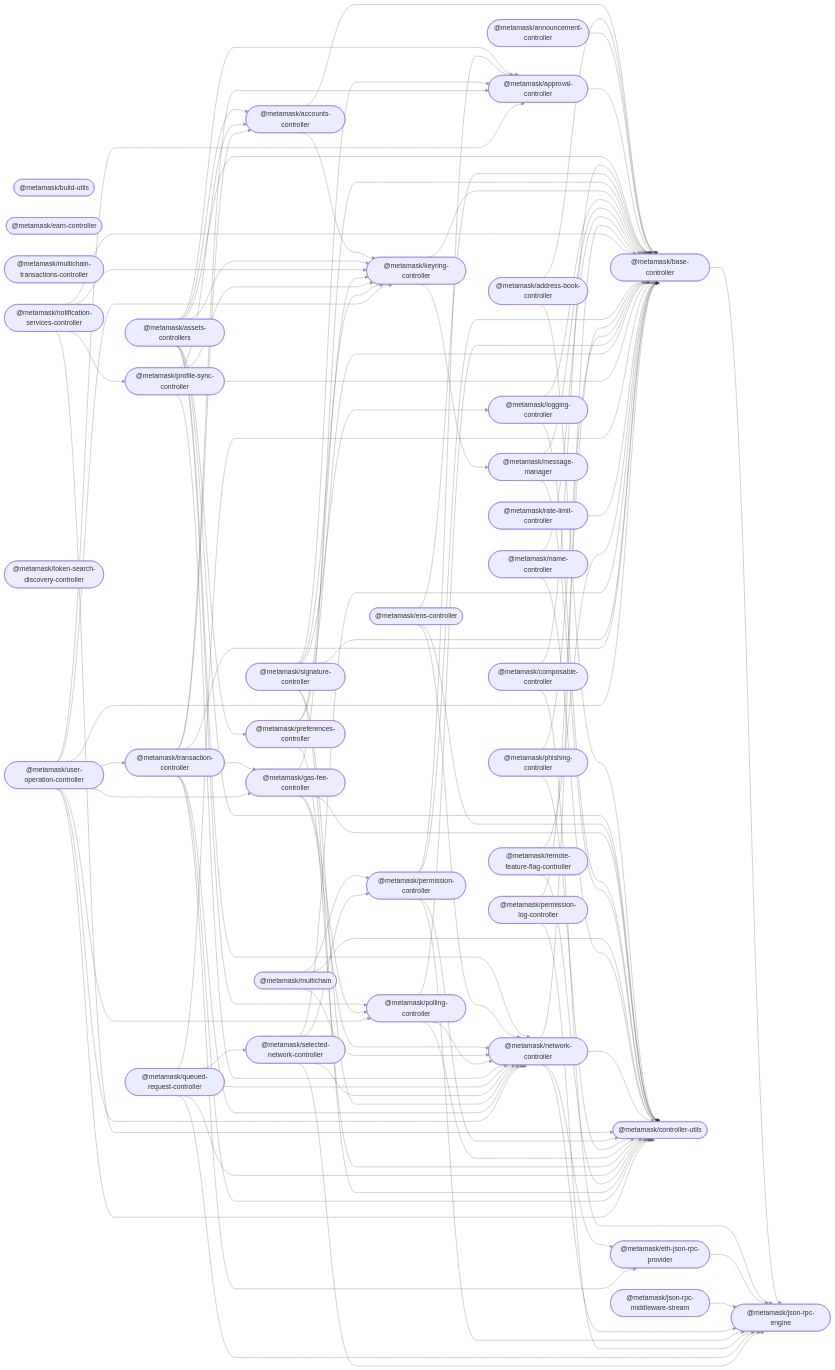
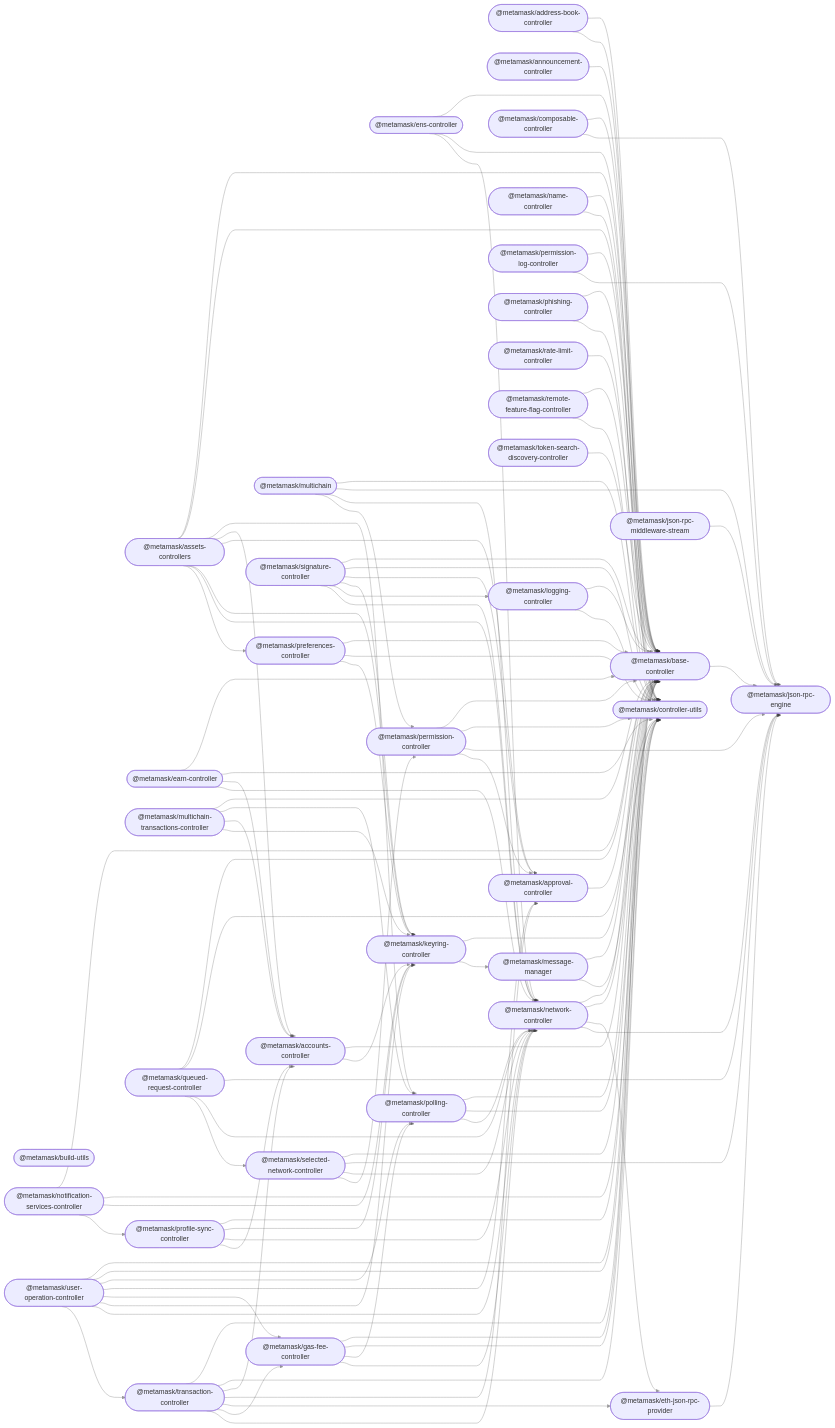
The diagram in README.md (MetaMask/core), drawn with Mermaid before and after one commit.

Commit message:
Run update-readme-content script to update README graph

```diff
--- a/README.md
+++ b/README.md
@@ -120,6 +120,10 @@
   base_controller --> json_rpc_engine;
   composable_controller --> base_controller;
   composable_controller --> json_rpc_engine;
+  earn_controller --> base_controller;
+  earn_controller --> controller_utils;
+  earn_controller --> accounts_controller;
+  earn_controller --> network_controller;
   ens_controller --> base_controller;
   ens_controller --> controller_utils;
   ens_controller --> network_controller;
@@ -136,8 +140,13 @@
   message_manager --> base_controller;
   message_manager --> controller_utils;
   multichain --> controller_utils;
+  multichain --> json_rpc_engine;
   multichain --> network_controller;
   multichain --> permission_controller;
+  multichain_transactions_controller --> base_controller;
+  multichain_transactions_controller --> polling_controller;
+  multichain_transactions_controller --> accounts_controller;
+  multichain_transactions_controller --> keyring_controller;
   name_controller --> base_controller;
   name_controller --> controller_utils;
   network_controller --> base_controller;
@@ -184,6 +193,7 @@
   signature_controller --> keyring_controller;
   signature_controller --> logging_controller;
   signature_controller --> network_controller;
+  token_search_discovery_controller --> base_controller;
   transaction_controller --> base_controller;
   transaction_controller --> controller_utils;
   transaction_controller --> accounts_controller;
```
